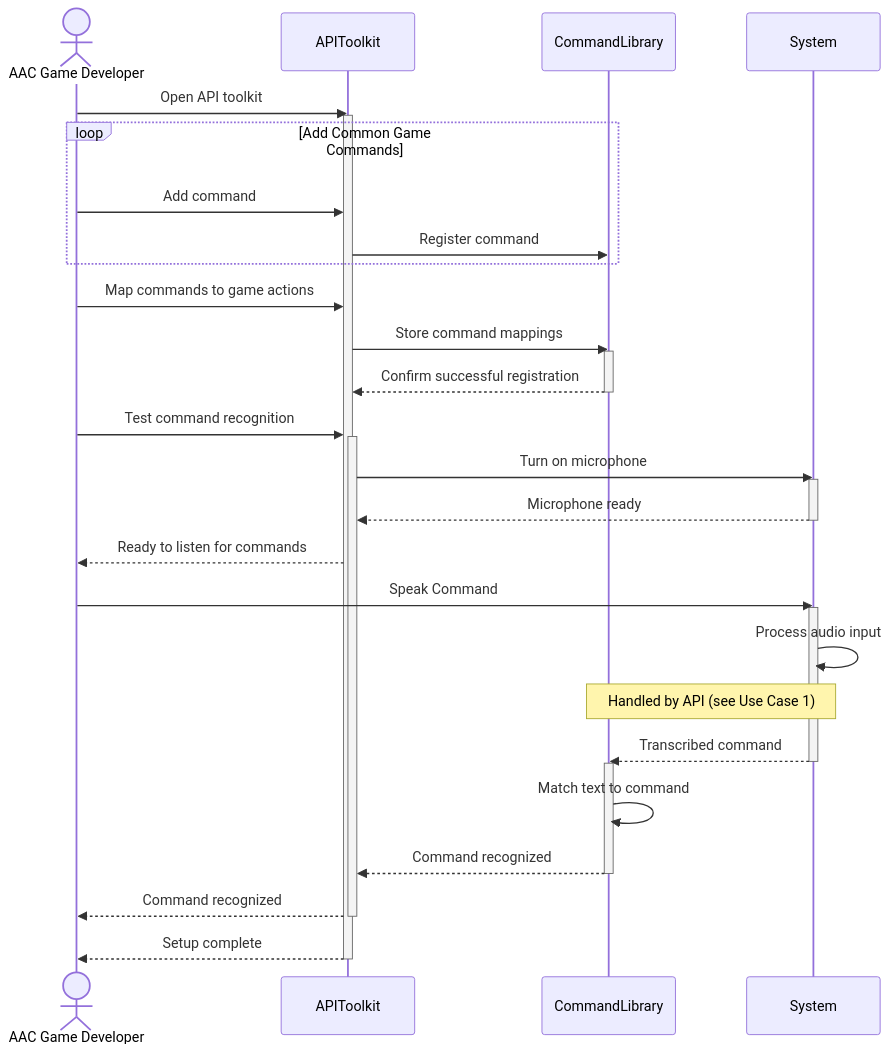
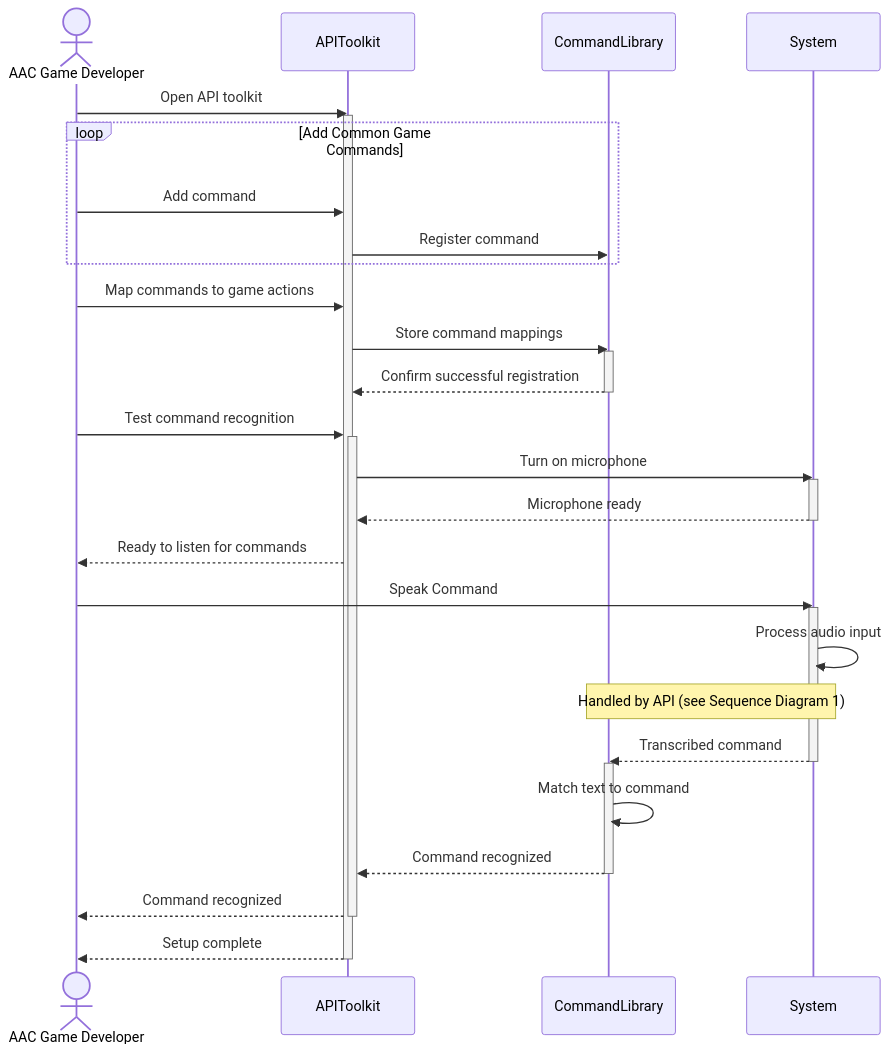
The sixth of 8 diagrams in documentation/docs/system-architecture/sequence-diagrams.md (Capstone-Projects-2025-Fall/project-001-aac-api), drawn with Mermaid before and after one commit. The commit also changed other lines of this file, not shown here.

Commit message:
update Sequence Diagram 1

````diff
--- a/documentation/docs/system-architecture/sequence-diagrams.md
+++ b/documentation/docs/system-architecture/sequence-diagrams.md
@@ -279,44 +276,44 @@
 ```mermaid
 sequenceDiagram
     actor AAC Game Developer
     participant APIToolkit
     participant CommandLibrary
     participant System
     
     AAC Game Developer->>APIToolkit: Open API toolkit
     activate APIToolkit
         
     loop Add Common Game Commands
         AAC Game Developer->>APIToolkit: Add command
         APIToolkit->>CommandLibrary: Register command 
     end
     
     AAC Game Developer->>APIToolkit: Map commands to game actions
     APIToolkit->>CommandLibrary: Store command mappings
     activate CommandLibrary
 
     CommandLibrary-->>APIToolkit: Confirm successful registration
     deactivate CommandLibrary
     
     AAC Game Developer->>APIToolkit: Test command recognition
     activate APIToolkit
     APIToolkit->>System: Turn on microphone
     activate System
     System-->>APIToolkit: Microphone ready
     deactivate System
     APIToolkit-->>AAC Game Developer: Ready to listen for commands
     AAC Game Developer->>System: Speak Command
     activate System
     System->>System: Process audio input
-    Note over System, CommandLibrary: Handled by API (see Use Case 1)
+    Note over System, CommandLibrary: Handled by API (see Sequence Diagram 1)
     System-->>CommandLibrary: Transcribed command
     deactivate System
     activate CommandLibrary
     CommandLibrary->>CommandLibrary: Match text to command
     CommandLibrary-->>APIToolkit: Command recognized
     deactivate CommandLibrary
     APIToolkit-->>AAC Game Developer: Command recognized
     deactivate APIToolkit
     APIToolkit-->>AAC Game Developer: Setup complete
     deactivate APIToolkit
 ```
````
